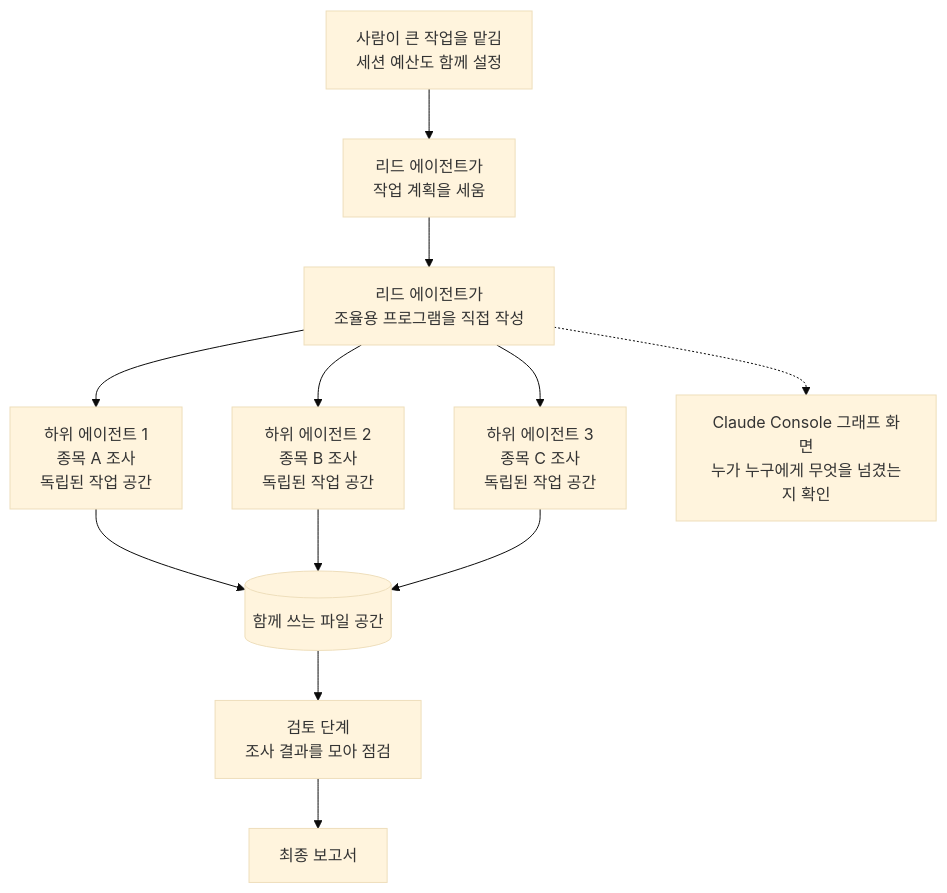
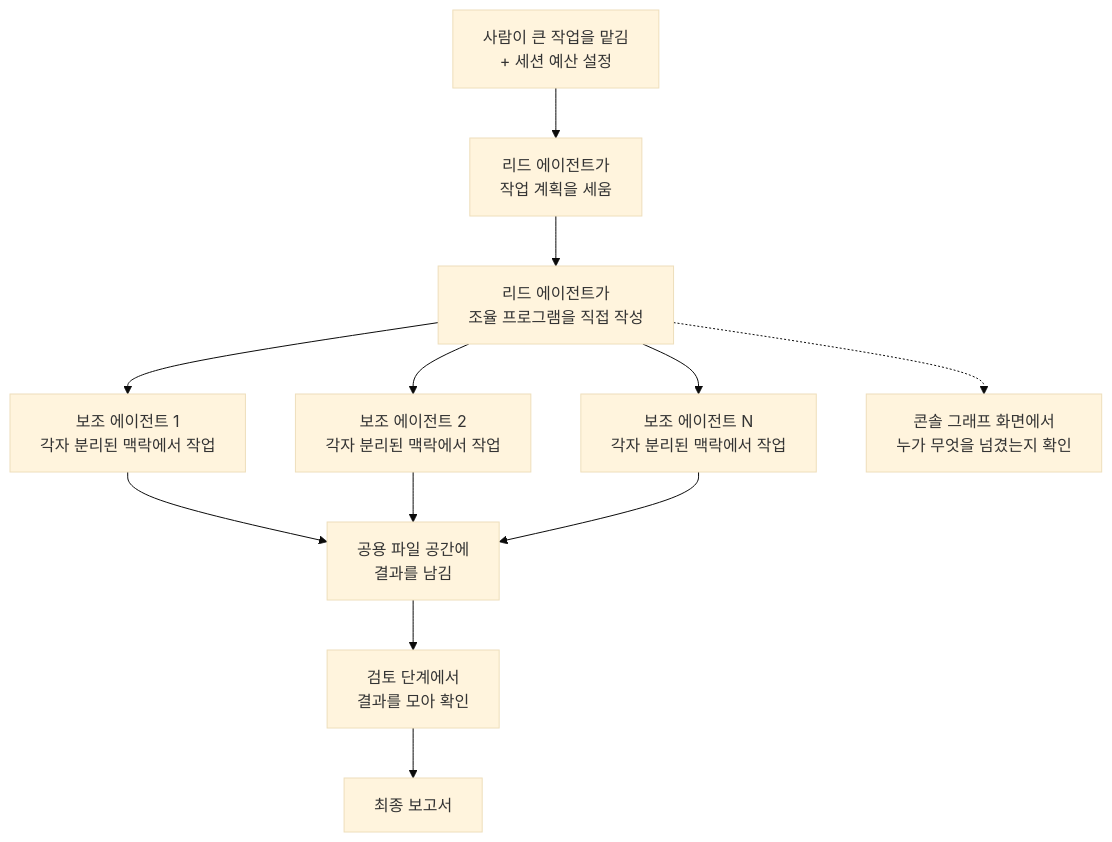
Before and after one commit to altjs4510/ai_news_blog: the diagram in content/knowledge/20261014.md, drawn with Mermaid (base theme). The commit also changed other lines of this file and 2 other files, not shown here.

````diff
--- a/content/knowledge/20261014.md
+++ b/content/knowledge/20261014.md
@@ -45,14 +45,14 @@
 ```mermaid
 flowchart TD
-    A[사람이 큰 작업을 맡김<br/>세션 예산도 함께 설정] --> B[리드 에이전트가<br/>작업 계획을 세움]
-    B --> C[리드 에이전트가<br/>조율용 프로그램을 직접 작성]
-    C --> D1[하위 에이전트 1<br/>종목 A 조사<br/>독립된 작업 공간]
-    C --> D2[하위 에이전트 2<br/>종목 B 조사<br/>독립된 작업 공간]
-    C --> D3[하위 에이전트 3<br/>종목 C 조사<br/>독립된 작업 공간]
-    D1 --> E[(함께 쓰는 파일 공간)]
+    A[사람이 큰 작업을 맡김<br/>+ 세션 예산 설정] --> B[리드 에이전트가<br/>작업 계획을 세움]
+    B --> C[리드 에이전트가<br/>조율 프로그램을 직접 작성]
+    C --> D1[보조 에이전트 1<br/>각자 분리된 맥락에서 작업]
+    C --> D2[보조 에이전트 2<br/>각자 분리된 맥락에서 작업]
+    C --> D3[보조 에이전트 N<br/>각자 분리된 맥락에서 작업]
+    D1 --> E[공용 파일 공간에<br/>결과를 남김]
     D2 --> E
     D3 --> E
-    E --> F[검토 단계<br/>조사 결과를 모아 점검]
+    E --> F[검토 단계에서<br/>결과를 모아 확인]
     F --> G[최종 보고서]
-    C -.-> H[Claude Console 그래프 화면<br/>누가 누구에게 무엇을 넘겼는지 확인]
+    C -.-> H[콘솔 그래프 화면에서<br/>누가 무엇을 넘겼는지 확인]
 ```
````
